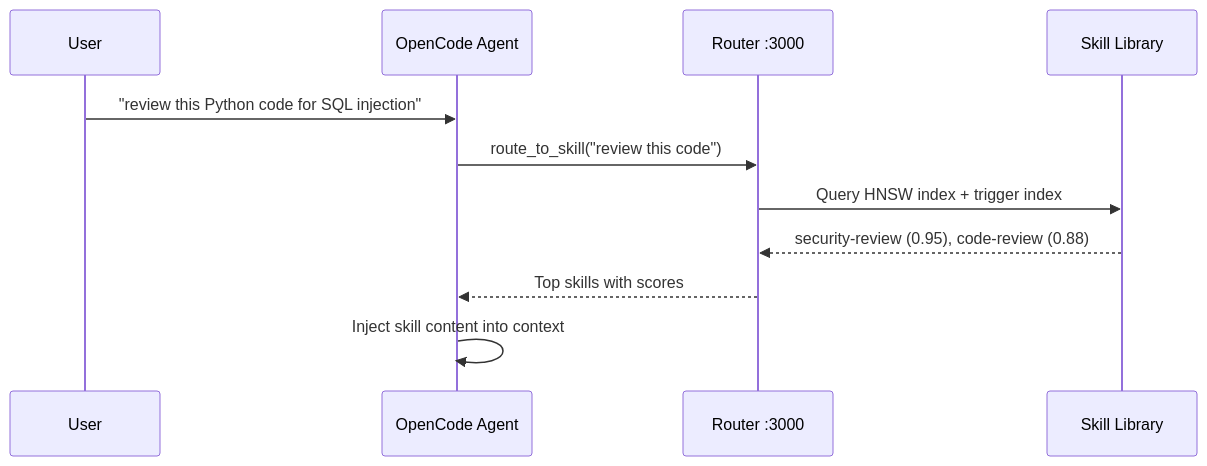
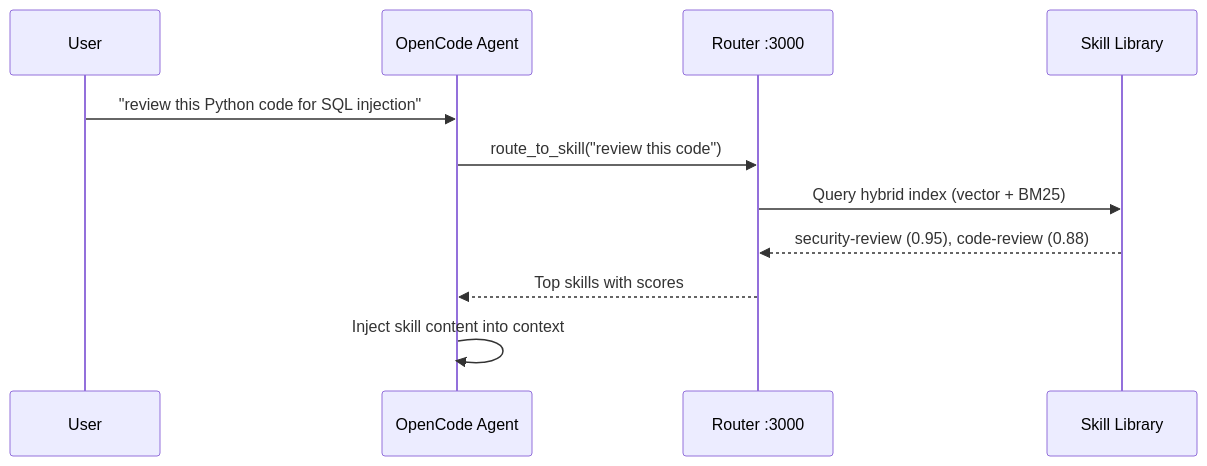
The first of 3 diagrams in docs/show-and-tell-presentation.md (paulpas/agent-skill-router), drawn with Mermaid before and after one commit. The commit also changed other lines of this file and 7 other files, not shown here.

First line of the commit message:
docs: fix GitHub rendering issues + clarify Vector+BM25 vs HNSW

````diff
--- a/docs/show-and-tell-presentation.md
+++ b/docs/show-and-tell-presentation.md
@@ -7,14 +7,14 @@
 ```mermaid
 sequenceDiagram
     participant User
     participant OC as OpenCode Agent
     participant Router as Router :3000
     participant Skills as Skill Library
 
     User->>OC: "review this Python code for SQL injection"
     OC->>Router: route_to_skill("review this code")
-    Router->>Skills: Query HNSW index + trigger index
+    Router->>Skills: Query hybrid index (vector + BM25)
     Skills-->>Router: security-review (0.95), code-review (0.88)
     Router-->>OC: Top skills with scores
     OC->>OC: Inject skill content into context
 ```
````
